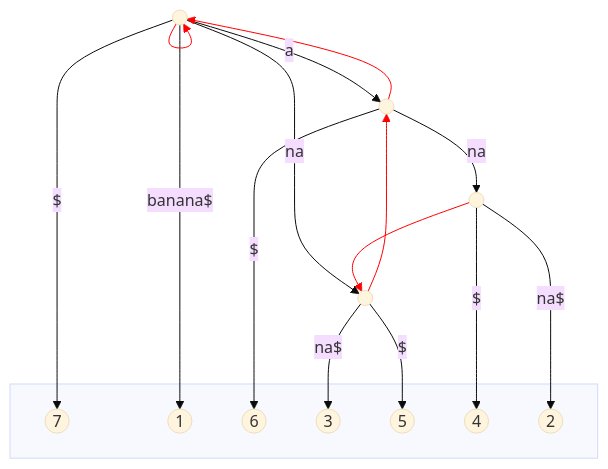
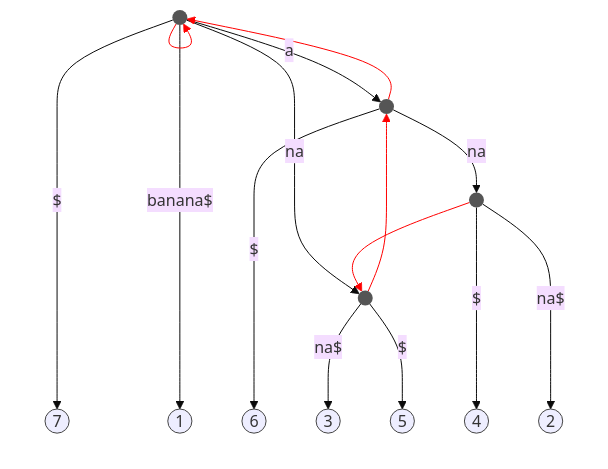
The second of 2 diagrams in notes/temp-notes/n19.md (crispymcbacon/dssc-vault-algorithmic-design-22-23), drawn with Mermaid (base theme) before and after one commit. The commit also changed other lines of this file, not shown here.

````diff
--- a/notes/temp-notes/n19.md
+++ b/notes/temp-notes/n19.md
@@ -90,34 +98,41 @@
 ```mermaid
 graph TB
 
-ida((" ")) -- $ --> id7(("7"));
-ida((" ")) -- a --> idb((" "));
-ida((" ")) -- na --> idc((" "));
-ida((" ")) -- banana$ --> id1(("1"));
+ida(( )) -- $ --> id7((7));
+ida(( )) -- a --> idb(( ));
+ida(( )) -- na --> idc(( ));
+ida(( )) -- banana$ --> id1((1));
 
-idb((" ")) -- $ --> id6(("6"));
-idb((" ")) -- na --> idd((" "));
+idb(( )) -- $ --> id6((6));
+idb(( )) -- na --> idd(( ));
 
-idc((" ")) -- na$ --> id3(("3"));
-idc((" ")) -- $ --> id5(("5"));
+idc(( )) -- na$ --> id3((3));
+idc(( )) -- $ --> id5((5));
 
-idd((" ")) -- $ --> id4(("4"));
-idd((" ")) -- na$ --> id2(("2"));
+idd(( )) -- $ --> id4((4));
+idd(( )) -- na$ --> id2((2));
 
-ida((" ")) --> ida((" "));
-idb((" ")) --> ida((" "));
-idc((" ")) --> idb((" "));
-idd((" ")) --> idc((" "));
+ida(( )) --> ida(( ));
+idb(( )) --> ida(( ));
+idc(( )) --> idb(( ));
+idd(( )) --> idc(( ));
 
-subgraph " "
-id7(("7"))
-id6(("6"))
-id4(("4"))
-id2(("2"))
-id1(("1"))
-id5(("5"))
-id3(("3"))
+subgraph subpt [ ]
+id7((7))
+id6((6))
+id4((4))
+id2((2))
+id1((1))
+id5((5))
+id3((3))
 end
+style subpt fill:none, stroke:none;
 
 linkStyle 10,11,12,13 stroke:red,stroke-width:1px,color:red;
+
+classDef path fill:#555, stroke:none;
+class ida,idb,idc,idd, path;
+
+classDef pattern fill:#EEF, stroke:#444;
+class id1,id2,id3,id4,id5,id6,id7 pattern;
 ```
````
